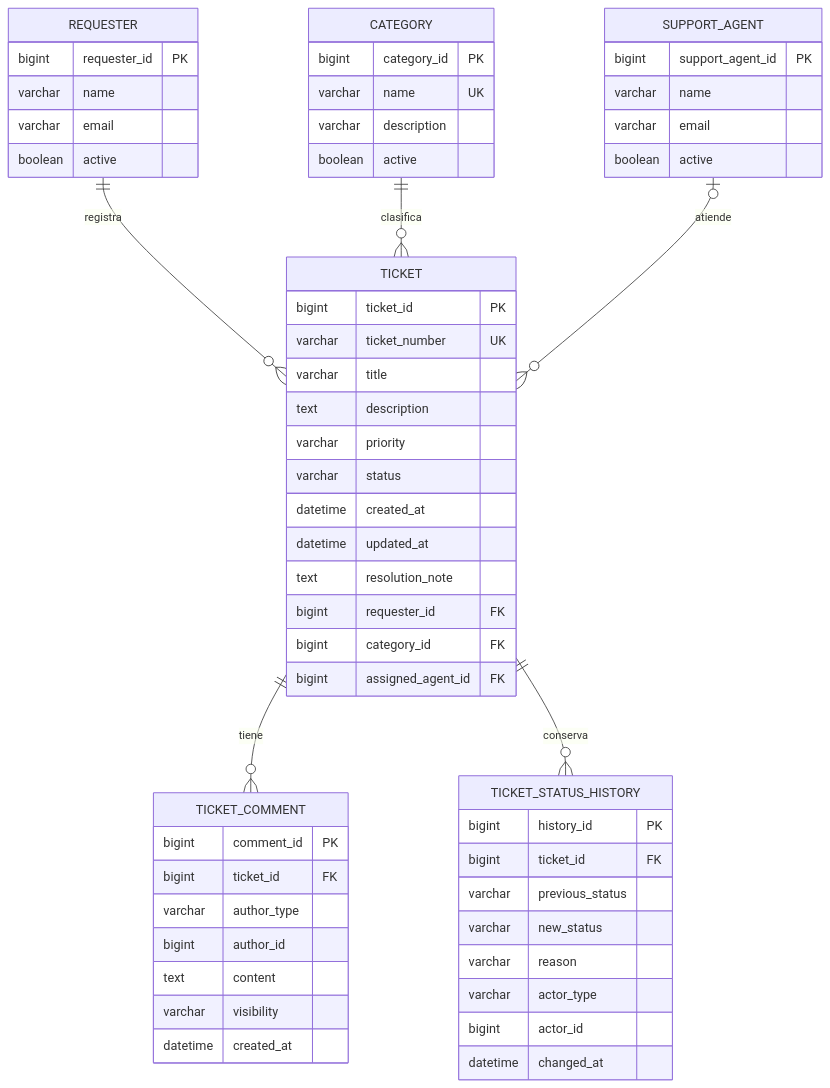
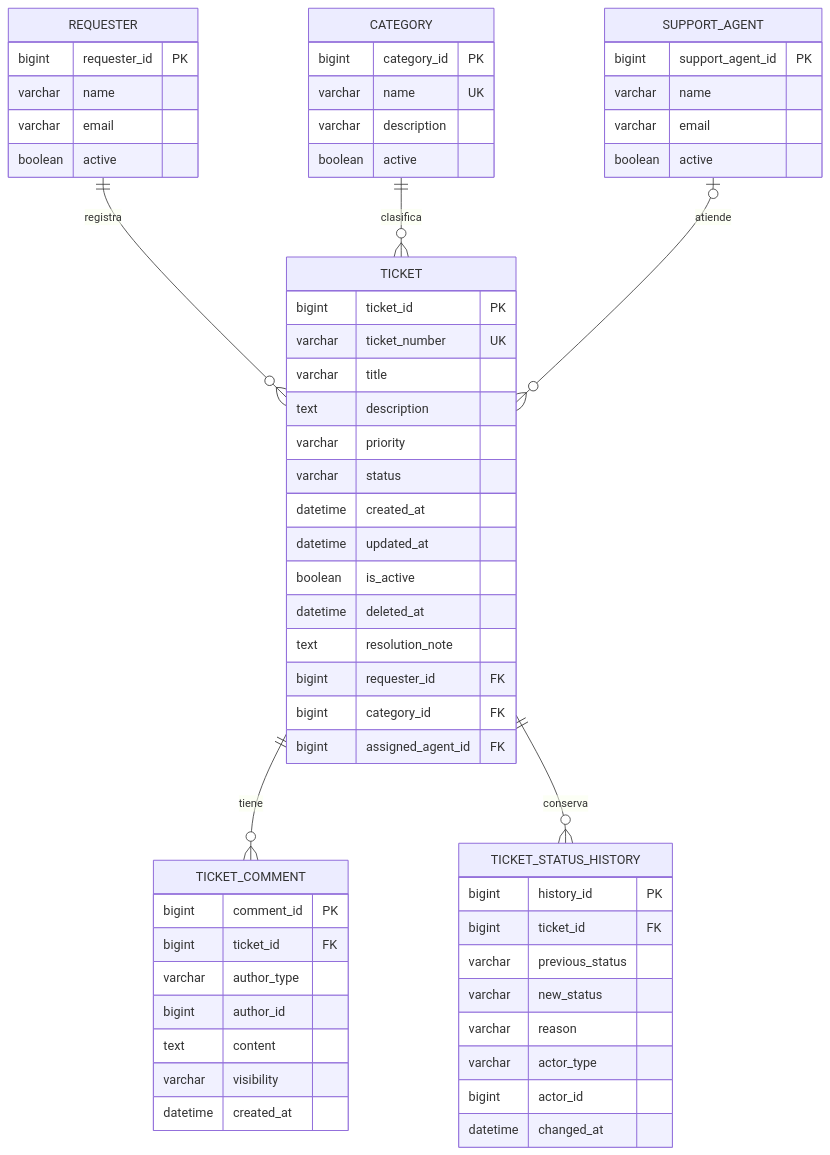
The diagram in docs/02-analisis-de-requerimientos.md (JairoCastanedaP/support-ticket-system), drawn with Mermaid before and after one commit. The commit also changed other lines of this file and 2 other files, not shown here.

```diff
--- a/docs/02-analisis-de-requerimientos.md
+++ b/docs/02-analisis-de-requerimientos.md
@@ -106,65 +108,67 @@
 ~~~mermaid
 erDiagram
     REQUESTER ||--o{ TICKET : registra
     CATEGORY ||--o{ TICKET : clasifica
     SUPPORT_AGENT o|--o{ TICKET : atiende
     TICKET ||--o{ TICKET_COMMENT : tiene
     TICKET ||--o{ TICKET_STATUS_HISTORY : conserva
 
     REQUESTER {
         bigint requester_id PK
         varchar name
         varchar email
         boolean active
     }
 
     SUPPORT_AGENT {
         bigint support_agent_id PK
         varchar name
         varchar email
         boolean active
     }
 
     CATEGORY {
         bigint category_id PK
         varchar name UK
         varchar description
         boolean active
     }
 
     TICKET {
         bigint ticket_id PK
         varchar ticket_number UK
         varchar title
         text description
         varchar priority
         varchar status
         datetime created_at
         datetime updated_at
+        boolean is_active
+        datetime deleted_at
         text resolution_note
         bigint requester_id FK
         bigint category_id FK
         bigint assigned_agent_id FK
     }
 
     TICKET_COMMENT {
         bigint comment_id PK
         bigint ticket_id FK
         varchar author_type
         bigint author_id
         text content
         varchar visibility
         datetime created_at
     }
 
     TICKET_STATUS_HISTORY {
         bigint history_id PK
         bigint ticket_id FK
         varchar previous_status
         varchar new_status
         varchar reason
         varchar actor_type
         bigint actor_id
         datetime changed_at
     }
 ~~~
```
